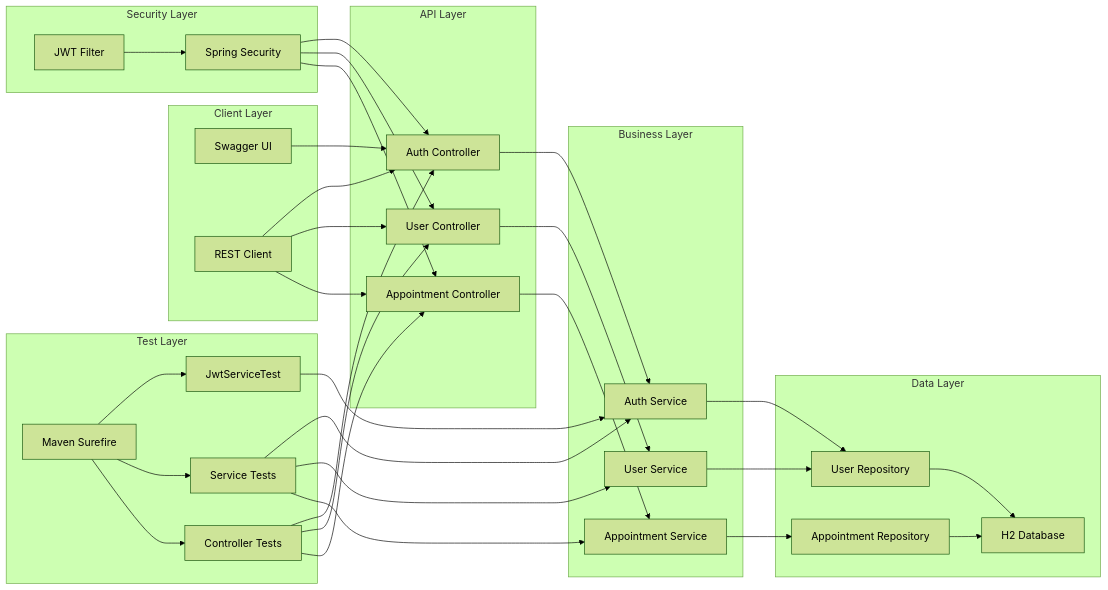
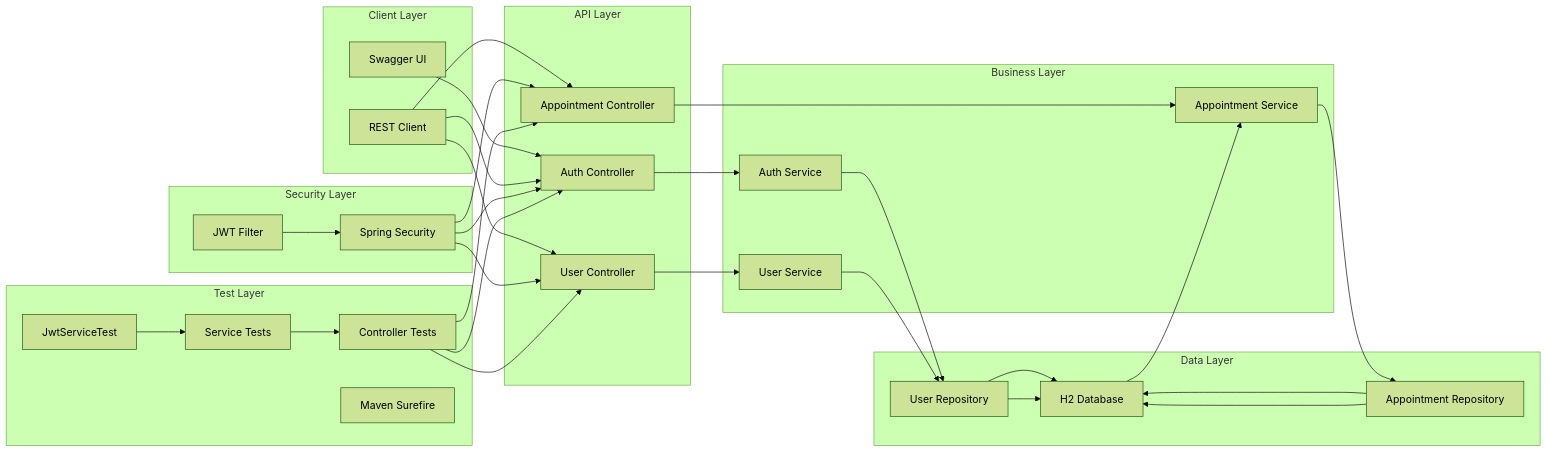
The second of 2 diagrams in README.md (alper-aydogan/e-randevu), drawn with Mermaid (forest theme) before and after one commit. The commit also changed other lines of this file, not shown here.

````diff
--- a/README.md
+++ b/README.md
@@ -93,69 +96,68 @@
 ```mermaid
 graph LR
     subgraph "Client Layer"
         A[Swagger UI]
         B[REST Client]
     end
     
     subgraph "API Layer"
         C[Auth Controller]
         D[User Controller]
         E[Appointment Controller]
     end
     
     subgraph "Business Layer"
         F[Auth Service]
         G[User Service]
         H[Appointment Service]
     end
     
     subgraph "Data Layer"
         I[User Repository]
         J[Appointment Repository]
         K[H2 Database]
     end
     
     subgraph "Security Layer"
         L[JWT Filter]
         M[Spring Security]
     end
     
     subgraph "Test Layer"
         N[JwtServiceTest]
         O[Service Tests]
         P[Controller Tests]
         Q[Maven Surefire]
     end
     
     A --> C
     B --> C
     B --> D
     B --> E
     
     C --> F
     D --> G
     E --> H
     
     F --> I
     G --> I
     H --> J
     
     I --> K
     J --> K
     
     L --> M
     M --> C
     M --> D
     M --> E
     
-    N --> F
-    O --> F
-    O --> G
-    O --> H
+    N --> O
+    O --> P
     P --> C
     P --> D
     P --> E
-    Q --> N
-    Q --> O
-    Q --> P
+    
+    I --> K
+    J --> K
+    K --> H
 ```
````
